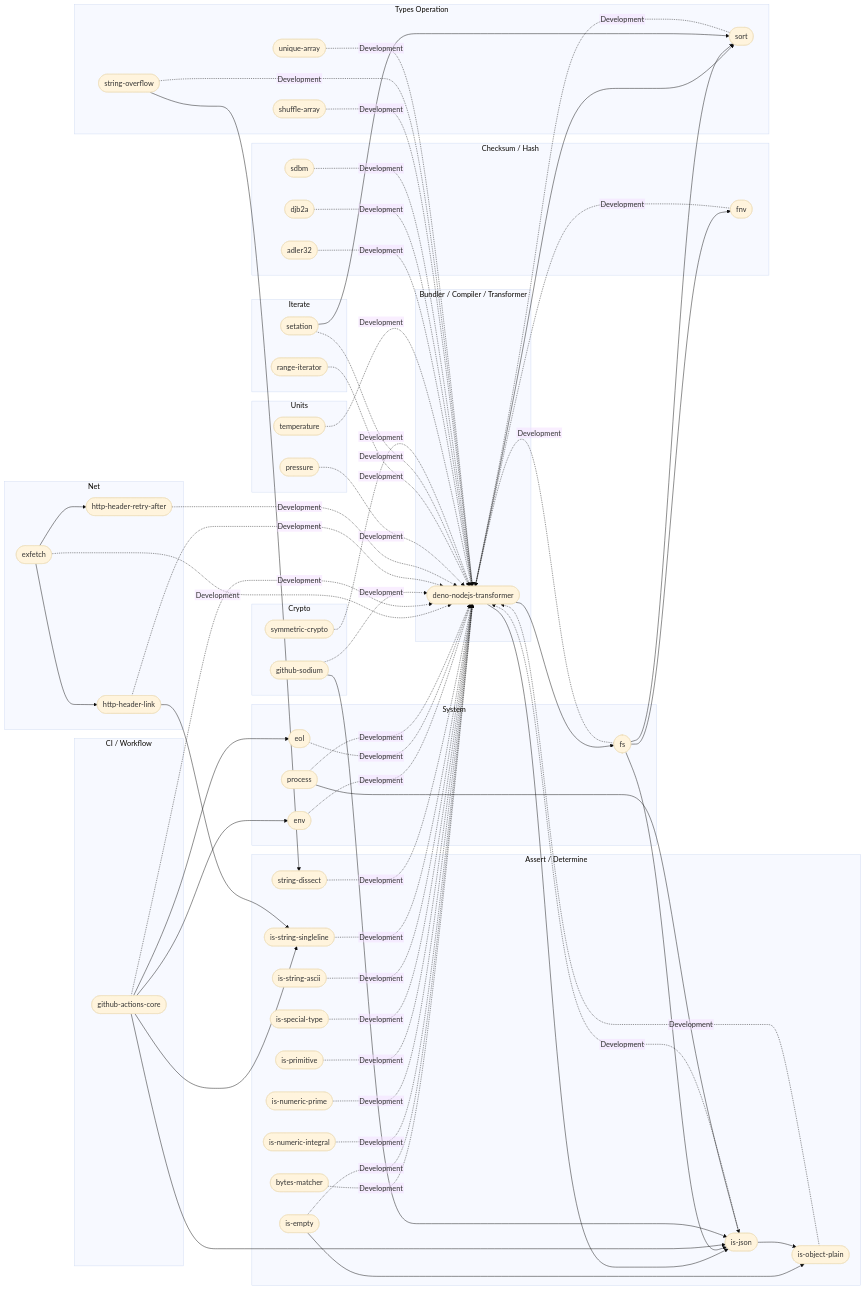
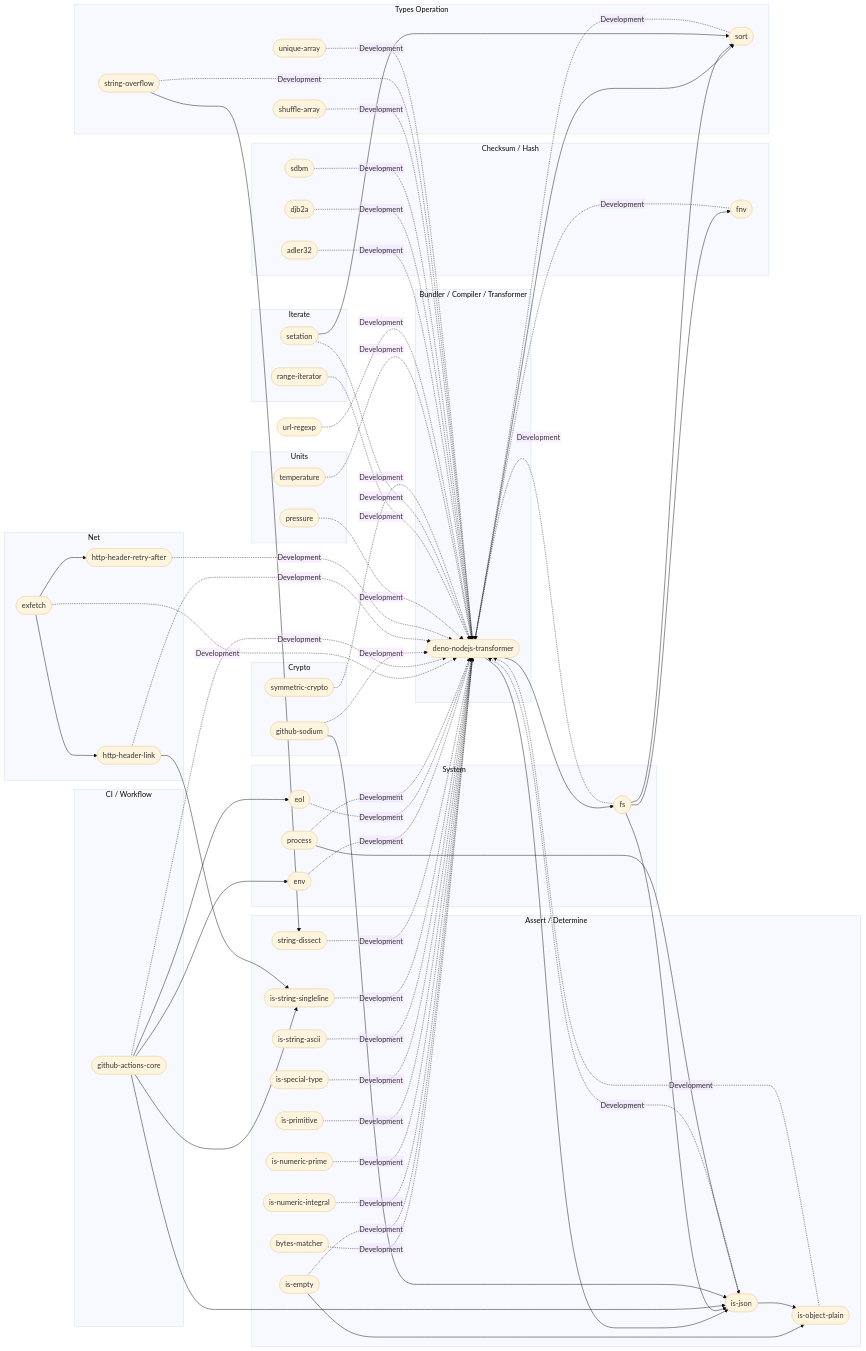
Before and after one commit to hugoalh/hugoalh: the diagram in assets/es-dependencies-graph.md, drawn with Mermaid (base theme). The commit also changed other lines of this file, not shown here.

Commit message:
Update ES dependencies graph

````diff
--- a/assets/es-dependencies-graph.md
+++ b/assets/es-dependencies-graph.md
@@ -74,6 +74,8 @@
     temperature(["temperature"])
   end
 
+  url-regexp(["url-regexp"])
+
   deno-nodejs-transformer --> fs
   deno-nodejs-transformer --> is-json
   deno-nodejs-transformer --> sort
@@ -128,4 +130,5 @@
   symmetric-crypto -. Development .-> deno-nodejs-transformer
   temperature -. Development .-> deno-nodejs-transformer
   unique-array -. Development .-> deno-nodejs-transformer
+  url-regexp -. Development .-> deno-nodejs-transformer
 ```
````
